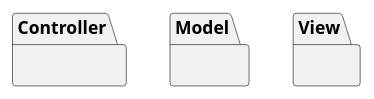
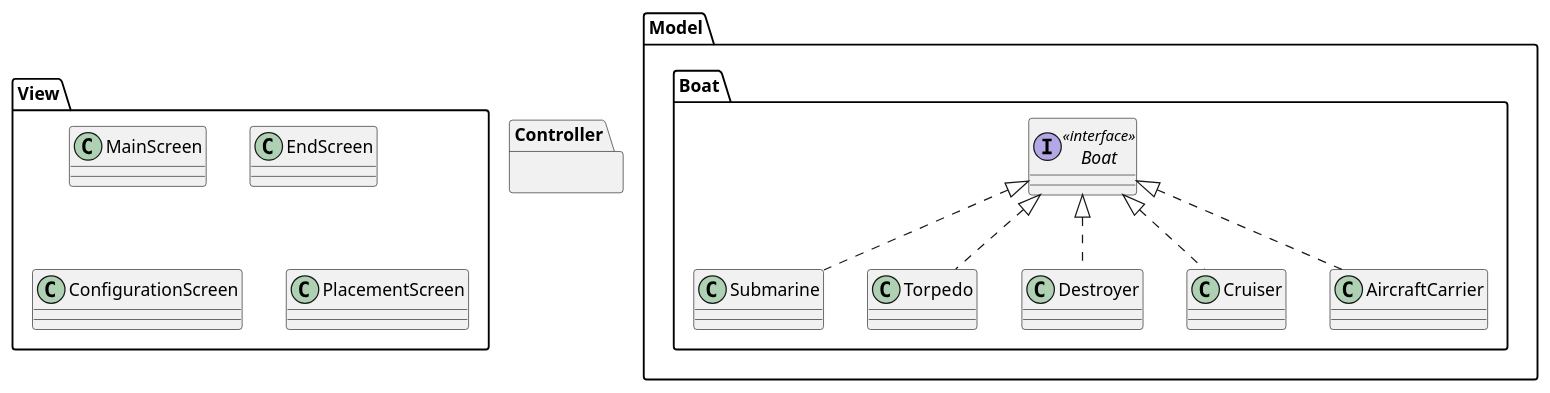
One commit to Cl1ient/Bataille-Navale changed the diagram in rendu1.puml. Above: the diagram before and after it, drawn with PlantUML.

Commit message:
implements package boat in uml

```diff
--- a/rendu1.puml
+++ b/rendu1.puml
@@ -1,13 +1,40 @@
 @startuml batailleNaval
 package Controller {
 
 }
 
 package Model {
+    package Boat{
+        interface Boat <<interface>>{
 
+        }
+
+        class Submarine implements Boat{
+
+        }
+
+        class Torpedo implements Boat{
+
+        }
+
+        class Destroyer implements Boat{
+
+        }
+
+        class Cruiser implements Boat{
+
+        }
+
+        class AircraftCarrier implements Boat{
+
+        }
+    }
 }
 
 package View {
-
+    class MainScreen{}
+    class EndScreen{}
+    class ConfigurationScreen{}
+    class PlacementScreen{}
 }
 @enduml
```
